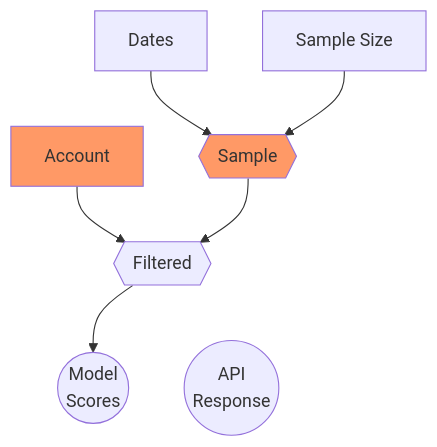
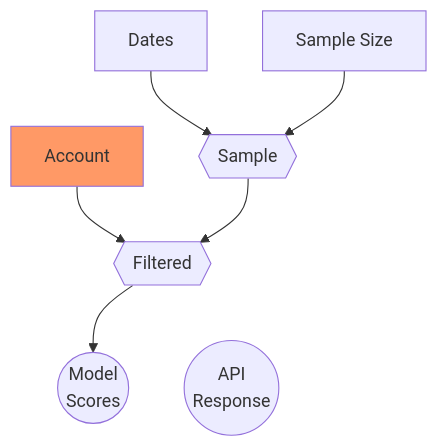
Diagram 14 of 28 in _reactive-calc.qmd (gshotwell/shiny-algorithm), drawn with Mermaid before and after one commit. The commit also changed other lines of this file and 3 other files, not shown here.

````diff
--- a/_reactive-calc.qmd
+++ b/_reactive-calc.qmd
@@ -199,13 +199,13 @@
 ```{mermaid}
 %%| fig-width: 4
 flowchart TD
-  D[Dates] --> Sa{{Sample}}:::changed
+  D[Dates] --> Sa{{Sample}}
   S[Sample Size] --> Sa
   A[Account]:::changed  --> F
   Sa --> F{{Filtered}}
   F --> P2((Model\nScores))
   F --> P1((API\nResponse))
   
   classDef changed fill:#f96
   linkStyle 5 display:none
 ```
````
